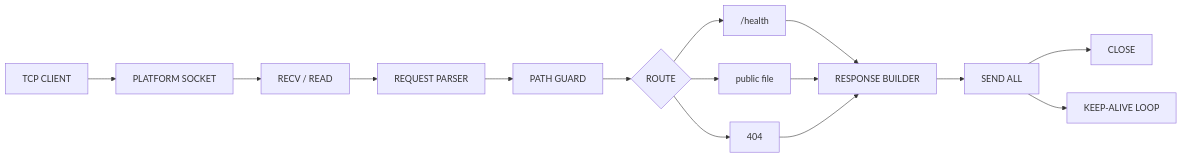
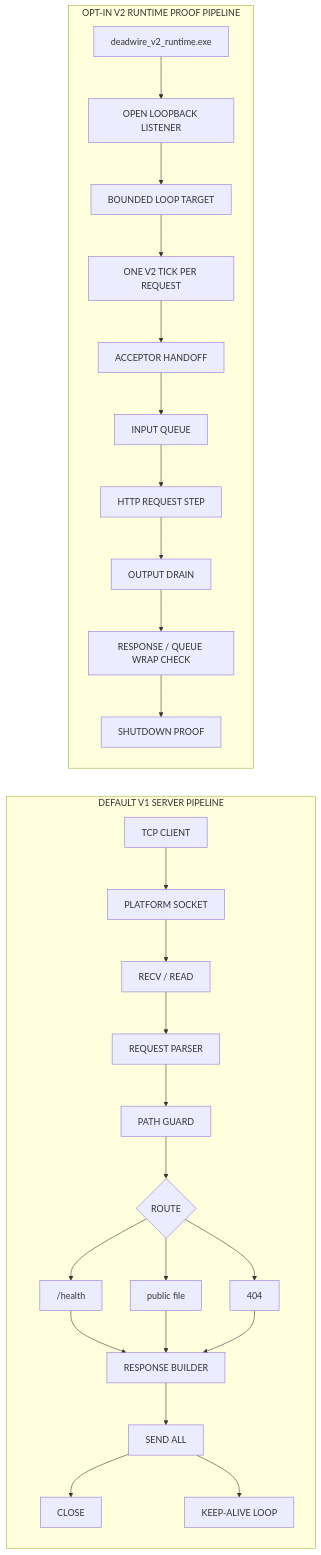
The diagram in README.md (Deadbytes101/DEADWIRE-HTTPD), drawn with Mermaid before and after one commit. The commit also changed other lines of this file and 2 other files, not shown here.

Commit message:
v2 bounded loop proof
* feat: add v2 bounded loop proof

* docs: update architectural pipeline for v2 proof

* docs: note v2 bounded loop proof

````diff
--- a/README.md
+++ b/README.md
@@ -35,17 +35,31 @@
 ```mermaid
 flowchart LR
-    CLIENT["TCP CLIENT"] --> SOCKET["PLATFORM SOCKET"]
-    SOCKET --> RECV["RECV / READ"]
-    RECV --> PARSE["REQUEST PARSER"]
-    PARSE --> GUARD["PATH GUARD"]
-    GUARD --> ROUTE{"ROUTE"}
-    ROUTE --> HEALTH["/health"]
-    ROUTE --> STATIC["public file"]
-    ROUTE --> MISS["404"]
-    HEALTH --> RESPONSE["RESPONSE BUILDER"]
-    STATIC --> RESPONSE
-    MISS --> RESPONSE
-    RESPONSE --> SEND["SEND ALL"]
-    SEND --> CLOSE["CLOSE"]
-    SEND --> LOOP["KEEP-ALIVE LOOP"]
+    subgraph V1["DEFAULT V1 SERVER PIPELINE"]
+        CLIENT["TCP CLIENT"] --> SOCKET["PLATFORM SOCKET"]
+        SOCKET --> RECV["RECV / READ"]
+        RECV --> PARSE["REQUEST PARSER"]
+        PARSE --> GUARD["PATH GUARD"]
+        GUARD --> ROUTE{"ROUTE"}
+        ROUTE --> HEALTH["/health"]
+        ROUTE --> STATIC["public file"]
+        ROUTE --> MISS["404"]
+        HEALTH --> RESPONSE["RESPONSE BUILDER"]
+        STATIC --> RESPONSE
+        MISS --> RESPONSE
+        RESPONSE --> SEND["SEND ALL"]
+        SEND --> CLOSE["CLOSE"]
+        SEND --> LOOP["KEEP-ALIVE LOOP"]
+    end
+
+    subgraph V2["OPT-IN V2 RUNTIME PROOF PIPELINE"]
+        V2BOOT["deadwire_v2_runtime.exe"] --> V2LIVE["OPEN LOOPBACK LISTENER"]
+        V2LIVE --> V2COUNT["BOUNDED LOOP TARGET"]
+        V2COUNT --> V2TICK["ONE V2 TICK PER REQUEST"]
+        V2TICK --> V2ACCEPT["ACCEPTOR HANDOFF"]
+        V2ACCEPT --> V2QUEUE["INPUT QUEUE"]
+        V2QUEUE --> V2HTTP["HTTP REQUEST STEP"]
+        V2HTTP --> V2OUT["OUTPUT DRAIN"]
+        V2OUT --> V2CHECK["RESPONSE / QUEUE WRAP CHECK"]
+        V2CHECK --> V2SHUT["SHUTDOWN PROOF"]
+    end
 ```
````
